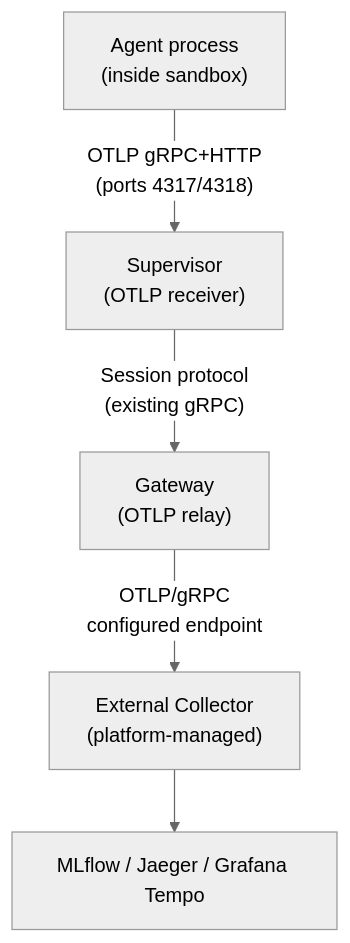
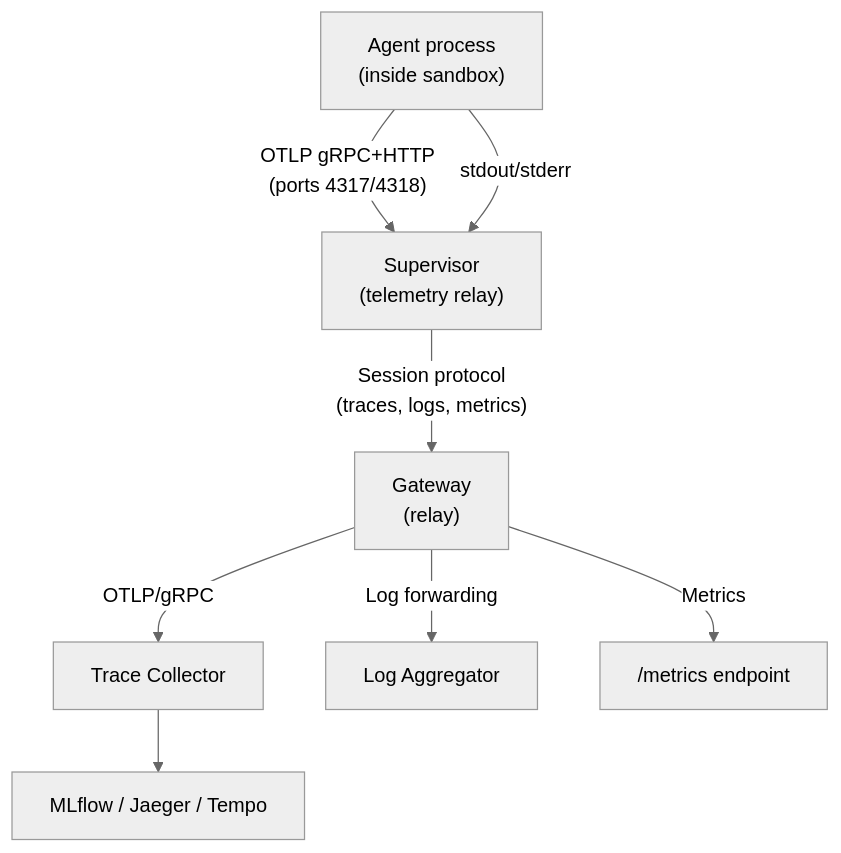
One commit to NVIDIA/OpenShell changed the first of 2 diagrams in rfc/0012-observability-architecture/README.md. Above: the diagram before and after it, drawn with Mermaid (neutral theme). The commit also changed other lines of this file, not shown here.

First line of the commit message:
docs(rfc): extend relay to all three observability pillars

````diff
--- a/rfc/0012-observability-architecture/README.md
+++ b/rfc/0012-observability-architecture/README.md
@@ -92,7 +97,10 @@
 ```mermaid
 graph TD
-    A["Agent process<br/>(inside sandbox)"] -->|"OTLP gRPC+HTTP<br/>(ports 4317/4318)"| B["Supervisor<br/>(OTLP receiver)"]
-    B -->|"Session protocol<br/>(existing gRPC)"| C["Gateway<br/>(OTLP relay)"]
-    C -->|"OTLP/gRPC<br/>configured endpoint"| D["External Collector<br/>(platform-managed)"]
-    D --> E["MLflow / Jaeger / Grafana Tempo"]
+    A["Agent process<br/>(inside sandbox)"] -->|"OTLP gRPC+HTTP<br/>(ports 4317/4318)"| B["Supervisor<br/>(telemetry relay)"]
+    A -->|"stdout/stderr"| B
+    B -->|"Session protocol<br/>(traces, logs, metrics)"| C["Gateway<br/>(relay)"]
+    C -->|"OTLP/gRPC"| D["Trace Collector"]
+    C -->|"Log forwarding"| F["Log Aggregator"]
+    C -->|"Metrics"| G["/metrics endpoint"]
+    D --> E["MLflow / Jaeger / Tempo"]
 ```
````
